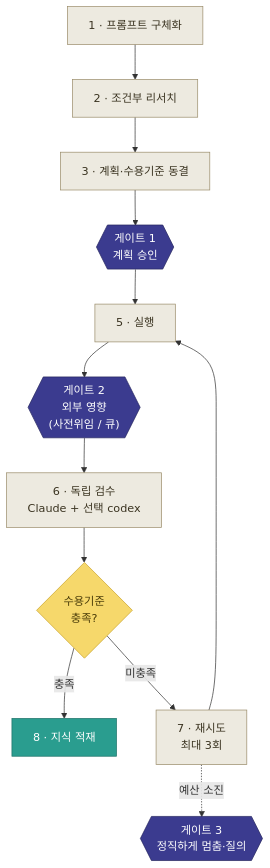
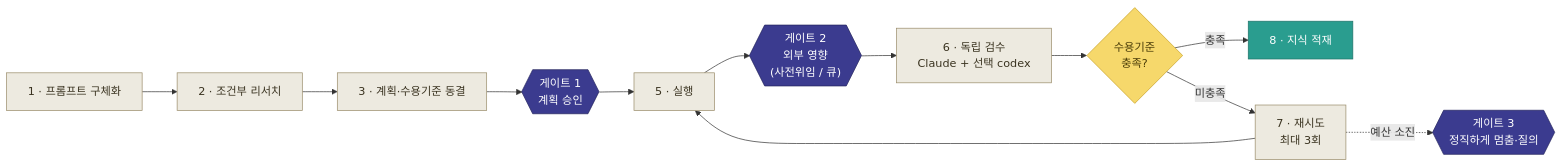
The fourth of 4 diagrams in docs/i18n/README.ko.md (Global-mindee/WAY), drawn with Mermaid before and after one commit. The commit also changed other lines of this file and 9 other files, not shown here.

````diff
--- a/docs/i18n/README.ko.md
+++ b/docs/i18n/README.ko.md
@@ -108,21 +108,21 @@
 ```mermaid
-flowchart TB
+flowchart LR
   S1["1 · 프롬프트 구체화"] --> S2["2 · 조건부 리서치"] --> S3["3 · 계획·수용기준 동결"]
   S3 --> G1{{"게이트 1<br/>계획 승인"}}
   G1 --> S5["5 · 실행"]
   S5 --> G2{{"게이트 2<br/>외부 영향<br/>(사전위임 / 큐)"}}
   G2 --> S6["6 · 독립 검수<br/>Claude + 선택 codex"]
   S6 --> D{"수용기준<br/>충족?"}
   D -->|"충족"| S8["8 · 지식 적재"]
   D -->|"미충족"| S7["7 · 재시도<br/>최대 3회"]
   S7 --> S5
   S7 -.->|"예산 소진"| G3{{"게이트 3<br/>정직하게 멈춤·질의"}}
   classDef stage fill:#EDEAE0,stroke:#9A8C6A,color:#3a3320;
   classDef gate fill:#3B3B8F,stroke:#25255e,color:#ffffff;
   classDef decision fill:#F6D86B,stroke:#C9A227,color:#4a3c08;
   classDef done fill:#2A9D8F,stroke:#1f7268,color:#ffffff;
   class S1,S2,S3,S5,S6,S7 stage
   class G1,G2,G3 gate
   class D decision
   class S8 done
 ```
````
